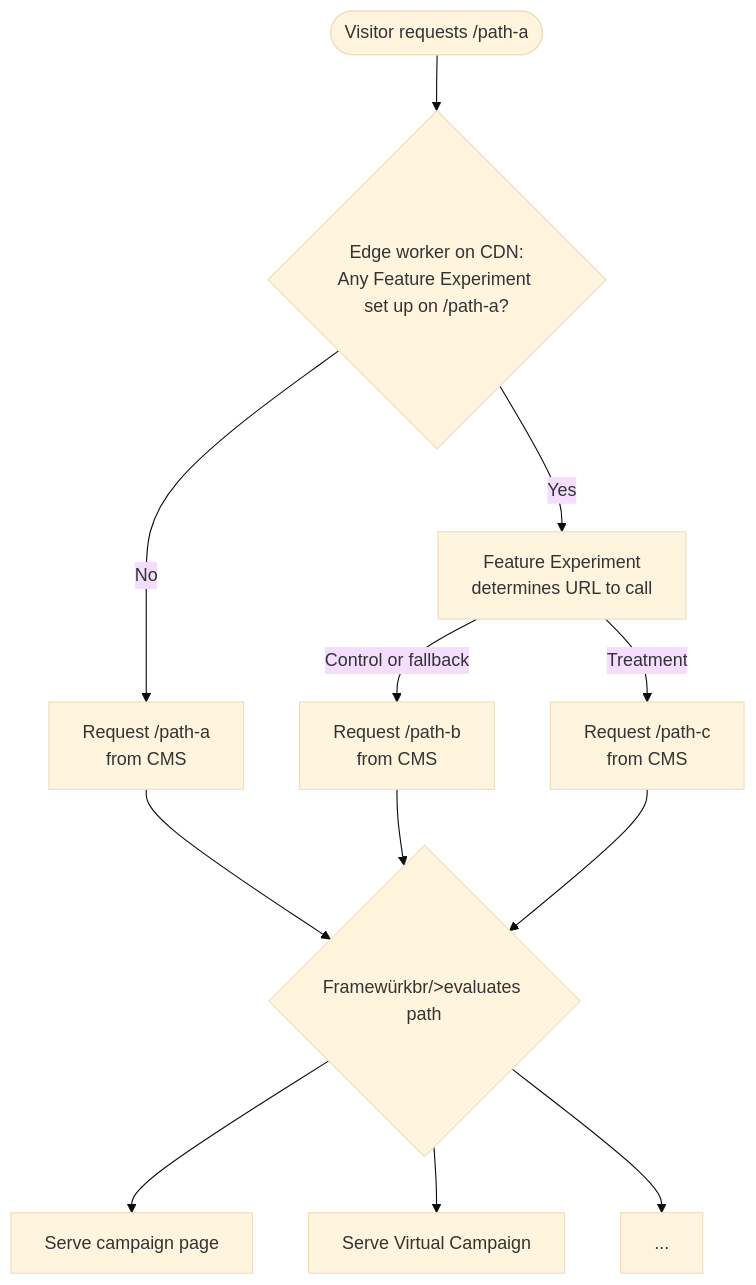
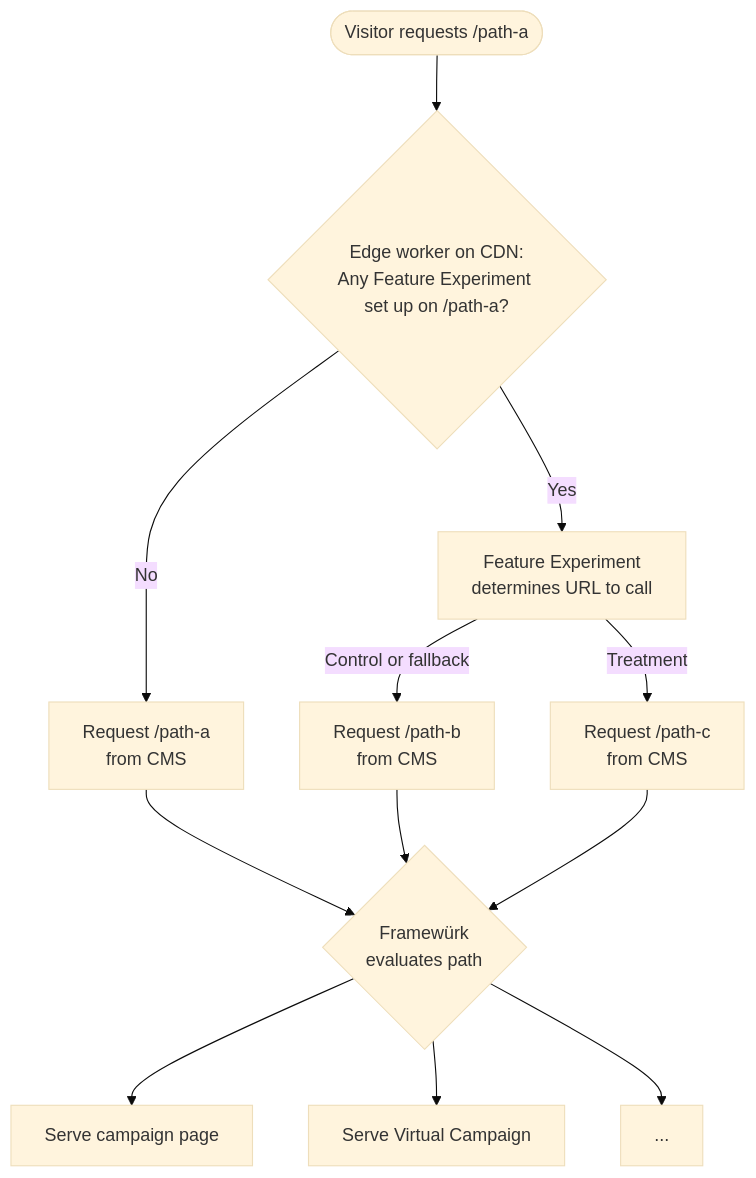
One commit to cnk-digital-solutions/framewurk-docs changed the diagram in features/feature-experiments.mdx. Above: the diagram before and after it, drawn with Mermaid (base theme).

Commit message:
Updated mintlify pages
- Updated features/feature-experiments.mdx

Mintlify-Source: dashboard-editor

````diff
--- a/features/feature-experiments.mdx
+++ b/features/feature-experiments.mdx
@@ -93,19 +93,19 @@
 ```mermaid
 flowchart TD
     visitor([Visitor requests /path-a]) --> edge{Edge worker on CDN:<br/>Any Feature Experiment set up on /path-a?}
     edge -- No --> reqA[Request /path-a<br/>from CMS]
 
     edge -- Yes --> exp[Feature Experiment<br/>determines URL to call]
     exp -- "Control or fallback" --> reqB[Request /path-b<br/>from CMS]
     exp -- "Treatment" --> reqC[Request /path-c<br/>from CMS]
 
  
 
-    reqB --> cms{Framewürkbr/>evaluates path}
+    reqB --> cms{Framewürk<br/>evaluates path}
     reqA --> cms
     reqC --> cms
 
     cms --> camp[Serve campaign page]
     cms --> virt[Serve Virtual Campaign<br/>]
     cms --> other[...]
 ```
````
